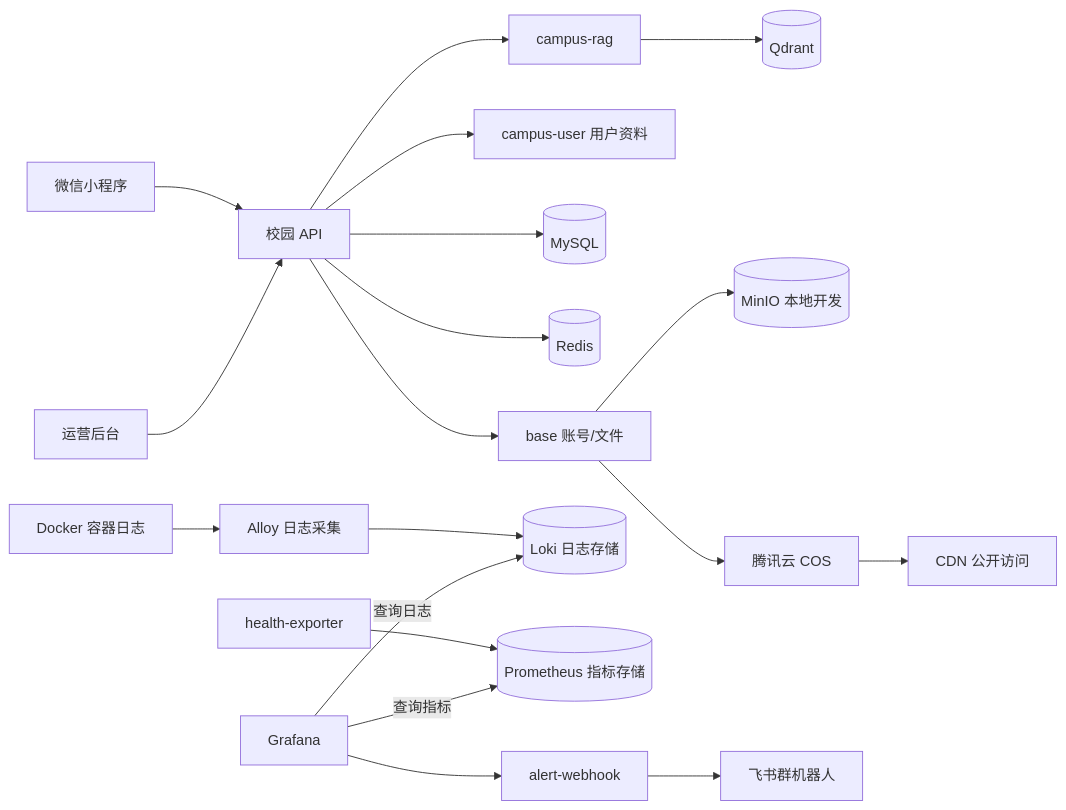
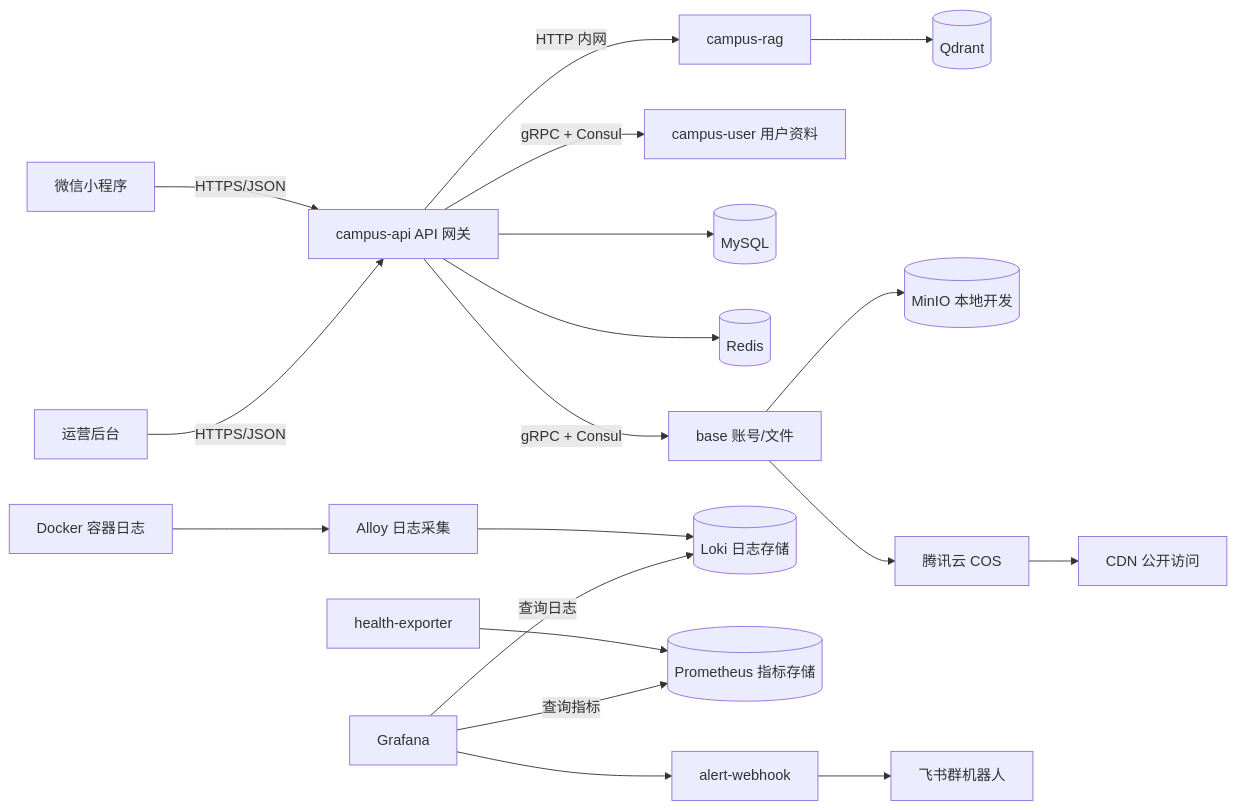
The diagram in README.md (tangfire/lehu-video), drawn with Mermaid before and after one commit. The commit also changed other lines of this file and 5 other files, not shown here.

First line of the commit message:
README 明确写成“校园 e站轻量微服务架构” 架构图标清楚：小程序/后台 -> campus-api：HTTPS/JSON campus-api -> base/campus-user：gRPC + Consul campus-api -> campus-rag：Docker 内网 HTTP

````diff
--- a/README.md
+++ b/README.md
@@ -9,21 +9,21 @@
 ```mermaid
 flowchart LR
-    MiniProgram[微信小程序] --> API[校园 API]
-    Admin[运营后台] --> API
-    API --> Base[base 账号/文件]
-    API --> User[campus-user 用户资料]
+    MiniProgram[微信小程序] -->|HTTPS/JSON| API[campus-api API 网关]
+    Admin[运营后台] -->|HTTPS/JSON| API
+    API -->|gRPC + Consul| Base[base 账号/文件]
+    API -->|gRPC + Consul| User[campus-user 用户资料]
     API --> MySQL[(MySQL)]
     API --> Redis[(Redis)]
-    API --> Rag[campus-rag]
+    API -->|HTTP 内网| Rag[campus-rag]
     Rag --> Qdrant[(Qdrant)]
     Base --> MinIO[(MinIO 本地开发)]
     Base --> COS[腾讯云 COS]
     COS --> CDN[CDN 公开访问]
     DockerLogs[Docker 容器日志] --> Alloy[Alloy 日志采集]
     Alloy --> Loki[(Loki 日志存储)]
     Grafana[Grafana] -->|查询日志| Loki
     Health[health-exporter] --> Prometheus[(Prometheus 指标存储)]
     Grafana -->|查询指标| Prometheus
     Grafana --> Alert[alert-webhook]
     Alert --> Feishu[飞书群机器人]
 ```
````
